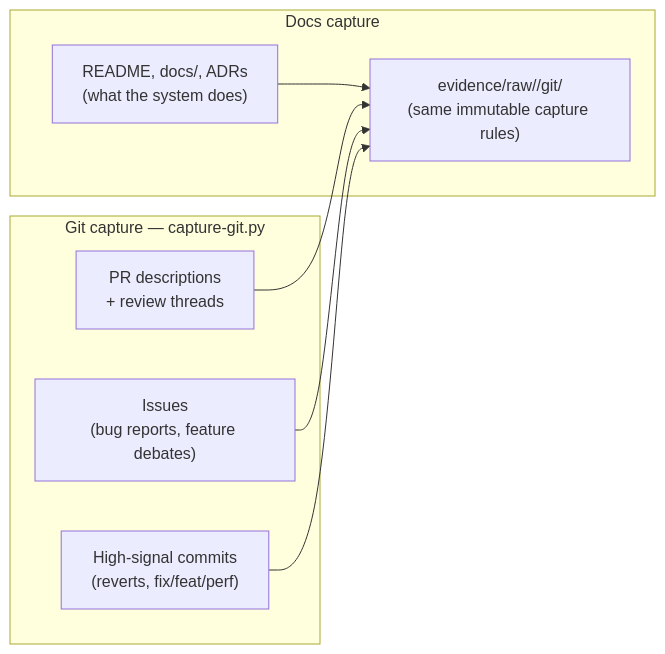
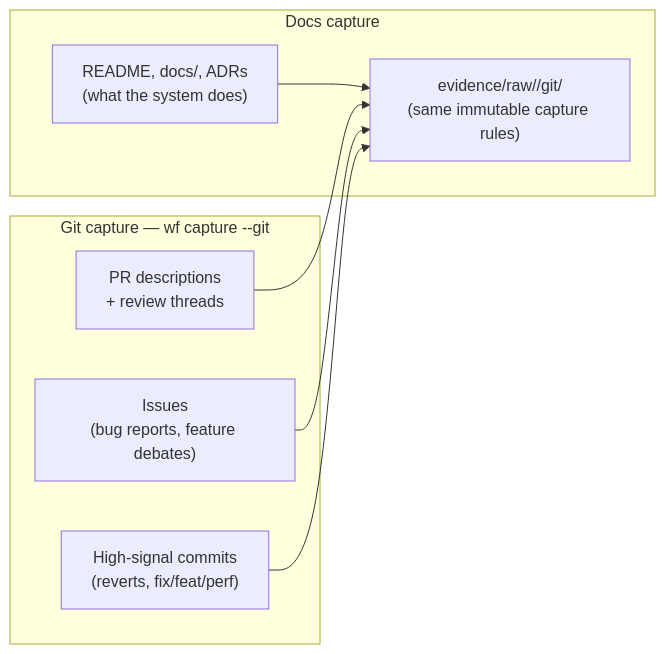
One commit to hybridindie/wiki-fabric changed the second of 8 diagrams in docs/site/core-workflows.md. Above: the diagram before and after it, drawn with Mermaid. The commit also changed other lines of this file and 12 other files, not shown here.

Commit message:
verbs everywhere: agent-facing SKILL.md files (system/ + .opencode/ copies), core-workflows diagrams, machine-contract/cli/evals/how-sync/how-corpus/skills/config prose → wf verbs; CONTRIBUTING dev self-check via the verb

````diff
--- a/docs/site/core-workflows.md
+++ b/docs/site/core-workflows.md
@@ -66,12 +66,12 @@
 ```mermaid
 flowchart LR
     subgraph "Docs capture"
         D1["README, docs/, ADRs<br/>(what the system does)"] --> RAW
     end
-    subgraph "Git capture — capture-git.py"
+    subgraph "Git capture — wf capture --git"
         G1["PR descriptions<br/>+ review threads"] --> RAW
         G2["Issues<br/>(bug reports, feature debates)"] --> RAW
         G3["High-signal commits<br/>(reverts, fix/feat/perf)"] --> RAW
     end
     RAW["evidence/raw/<slug>/git/<br/>(same immutable capture rules)"]
 ```
````
